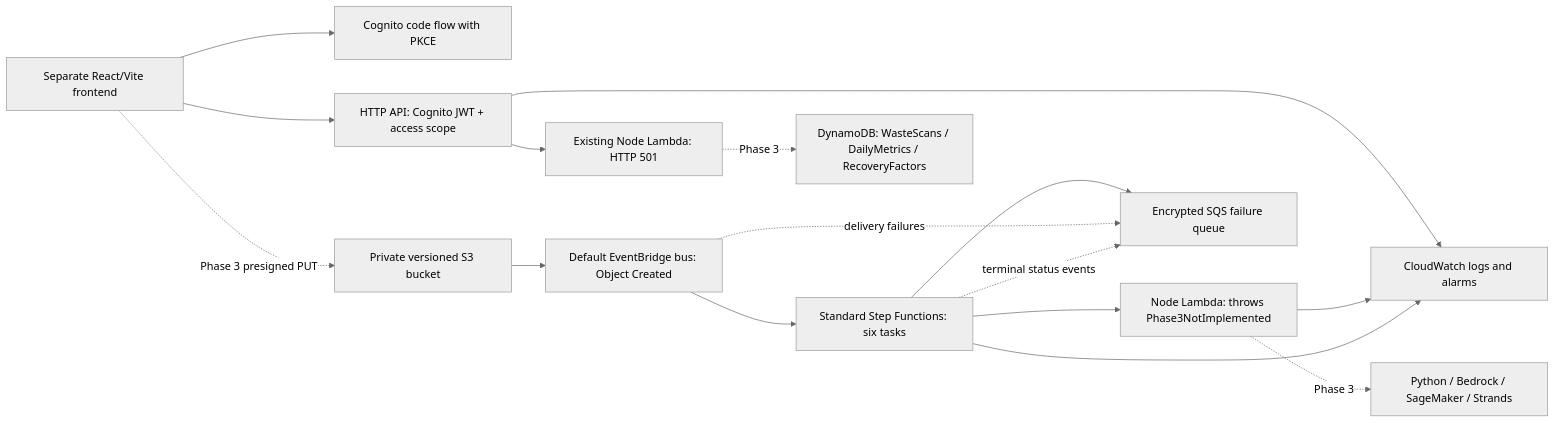
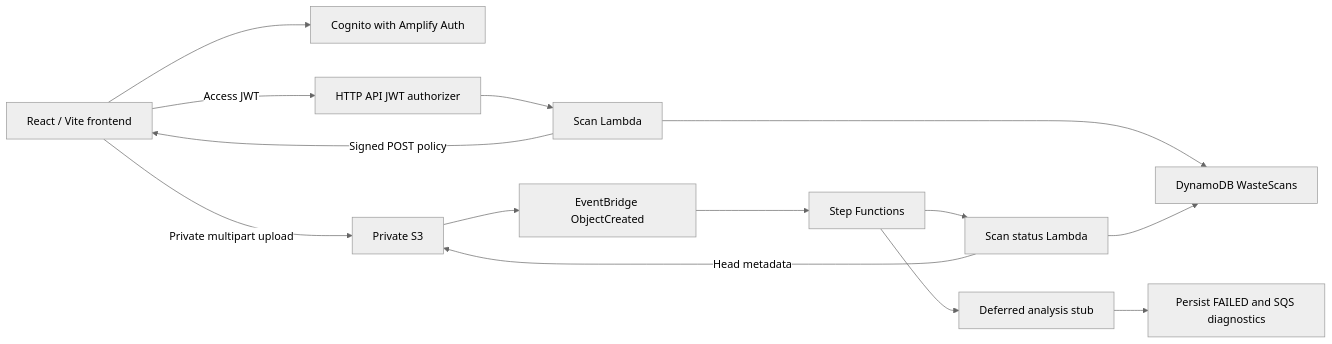
Before and after one commit to abhijit384/Waste2WattAI: the diagram in docs/ARCHITECTURE.md, drawn with Mermaid (neutral theme). The commit also changed other lines of this file and 52 other files, not shown here.

````diff
--- a/docs/ARCHITECTURE.md
+++ b/docs/ARCHITECTURE.md
@@ -10,18 +6,16 @@
 ```mermaid
 flowchart LR
-  Web[Separate React/Vite frontend] --> Auth[Cognito code flow with PKCE]
-  Web --> API[HTTP API: Cognito JWT + access scope]
-  API --> Stub[Existing Node Lambda: HTTP 501]
-  Web -. Phase 3 presigned PUT .-> Images[Private versioned S3 bucket]
-  Images --> Events[Default EventBridge bus: Object Created]
-  Events --> Flow[Standard Step Functions: six tasks]
-  Flow --> Worker[Node Lambda: throws Phase3NotImplemented]
-  Flow --> Queue[Encrypted SQS failure queue]
-  Events -. delivery failures .-> Queue
-  Flow -. terminal status events .-> Queue
-  Stub -. Phase 3 .-> Tables[DynamoDB: WasteScans / DailyMetrics / RecoveryFactors]
-  Worker -. Phase 3 .-> AI[Python / Bedrock / SageMaker / Strands]
-  API --> Logs[CloudWatch logs and alarms]
-  Worker --> Logs
-  Flow --> Logs
+  Web[React / Vite frontend] --> Cognito[Cognito with Amplify Auth]
+  Web -->|Access JWT| API[HTTP API JWT authorizer]
+  API --> Handler[Scan Lambda]
+  Handler --> Scans[DynamoDB WasteScans]
+  Handler -->|Signed POST policy| Web
+  Web -->|Private multipart upload| S3[Private S3]
+  S3 --> EB[EventBridge ObjectCreated]
+  EB --> SF[Step Functions]
+  SF --> Status[Scan status Lambda]
+  Status --> Scans
+  Status -->|Head metadata| S3
+  SF --> Stub[Deferred analysis stub]
+  Stub --> Failure[Persist FAILED and SQS diagnostics]
 ```
````
